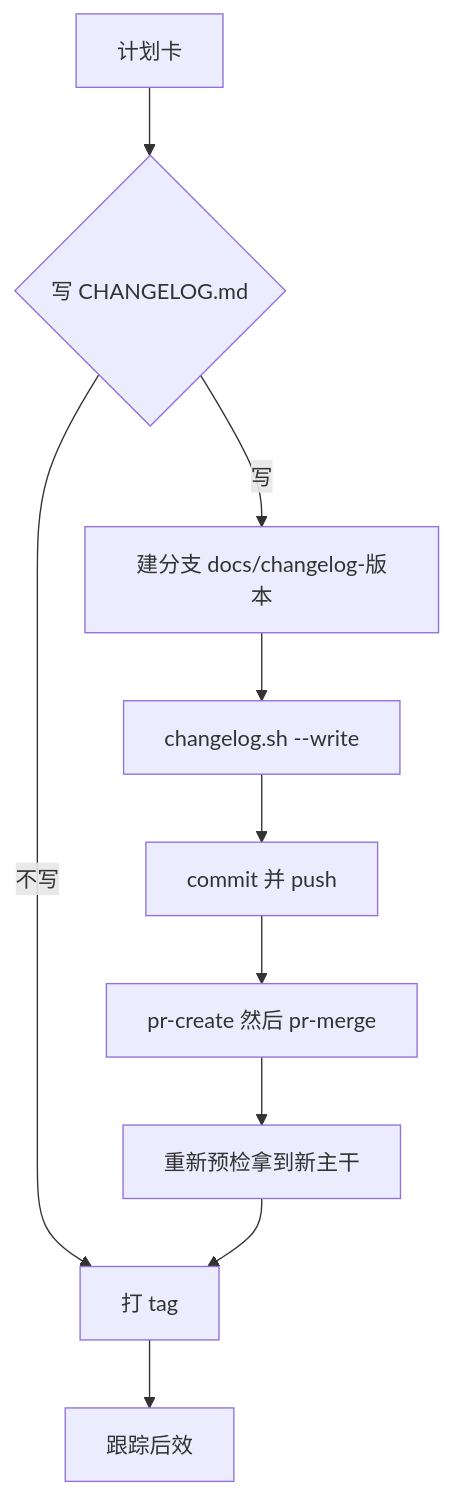
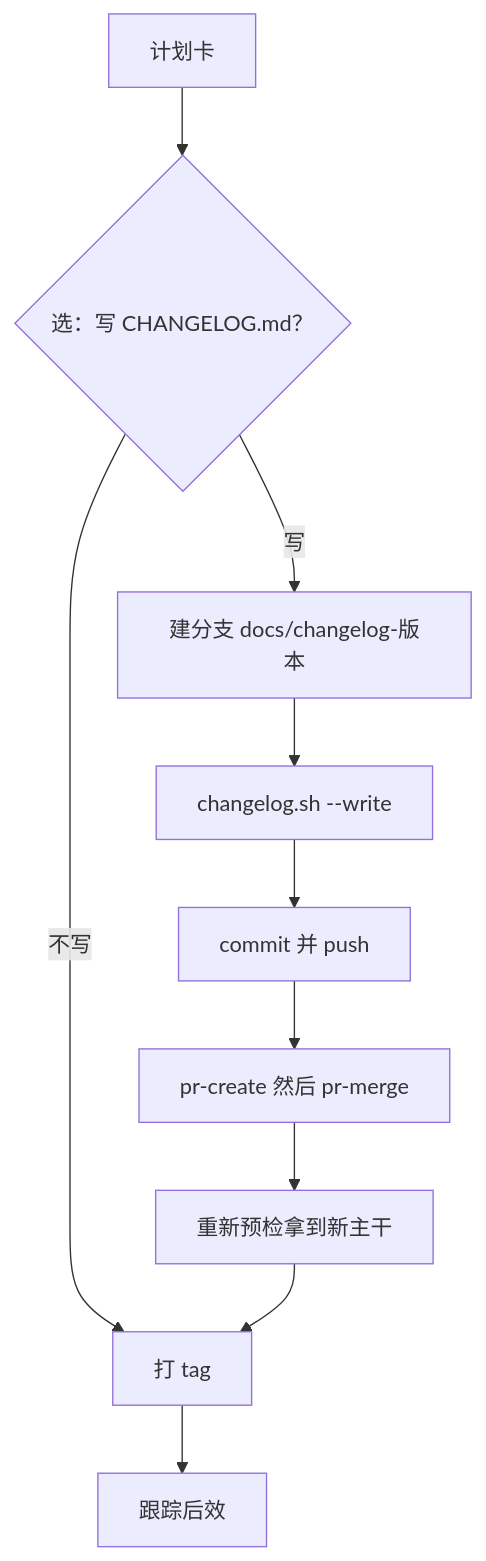
One commit to morehao/agent-skills changed the sixth of 7 diagrams in docs/git-kit.md. Above: the diagram before and after it, drawn with Mermaid. The commit also changed other lines of this file and 5 other files, not shown here.

````diff
--- a/docs/git-kit.md
+++ b/docs/git-kit.md
@@ -247,12 +265,12 @@
 ```mermaid
 flowchart TD
-    P[计划卡] --> Q{写 CHANGELOG.md}
+    P[计划卡] --> Q{选：写 CHANGELOG.md？}
     Q -->|不写| T[打 tag]
     Q -->|写| A[建分支 docs/changelog-版本]
     A --> B[changelog.sh --write]
     B --> C[commit 并 push]
     C --> D[pr-create 然后 pr-merge]
     D --> E[重新预检拿到新主干]
     E --> T
     T --> F[跟踪后效]
 ```
````
